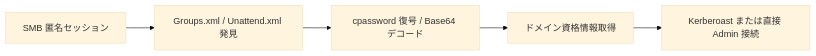
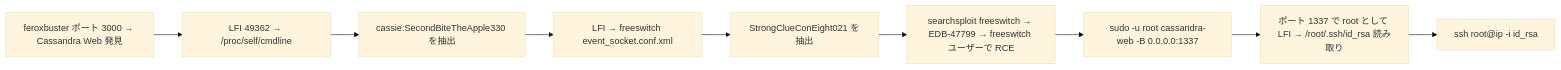
The sixth of 7 diagrams in _posts/2026-03-06-tech-windows-privesc-summary-ja.md (morimori-dev/morimori-dev.github.io), drawn with Mermaid (base theme) before and after one commit. The commit also changed other lines of this file and 1 other file, not shown here.

````diff
--- a/_posts/2026-03-06-tech-windows-privesc-summary-ja.md
+++ b/_posts/2026-03-06-tech-windows-privesc-summary-ja.md
@@ -402,7 +232,11 @@
 ```mermaid
 flowchart LR
-    A[SMB 匿名セッション] --> B[Groups.xml / Unattend.xml 発見]
-    B --> C[cpassword 復号 / Base64 デコード]
-    C --> D[ドメイン資格情報取得]
-    D --> E[Kerberoast または直接 Admin 接続]
+    A[feroxbuster ポート 3000 → Cassandra Web 発見] --> B[LFI 49362 → /proc/self/cmdline]
+    B --> C[cassie:SecondBiteTheApple330 を抽出]
+    C --> D[LFI → freeswitch event_socket.conf.xml]
+    D --> E[StrongClueConEight021 を抽出]
+    E --> F[searchsploit freeswitch → EDB-47799 → freeswitch ユーザーで RCE]
+    F --> G[sudo -u root cassandra-web -B 0.0.0.0:1337]
+    G --> H[ポート 1337 で root として LFI → /root/.ssh/id_rsa 読み取り]
+    H --> I[ssh root@ip -i id_rsa]
 ```
````
